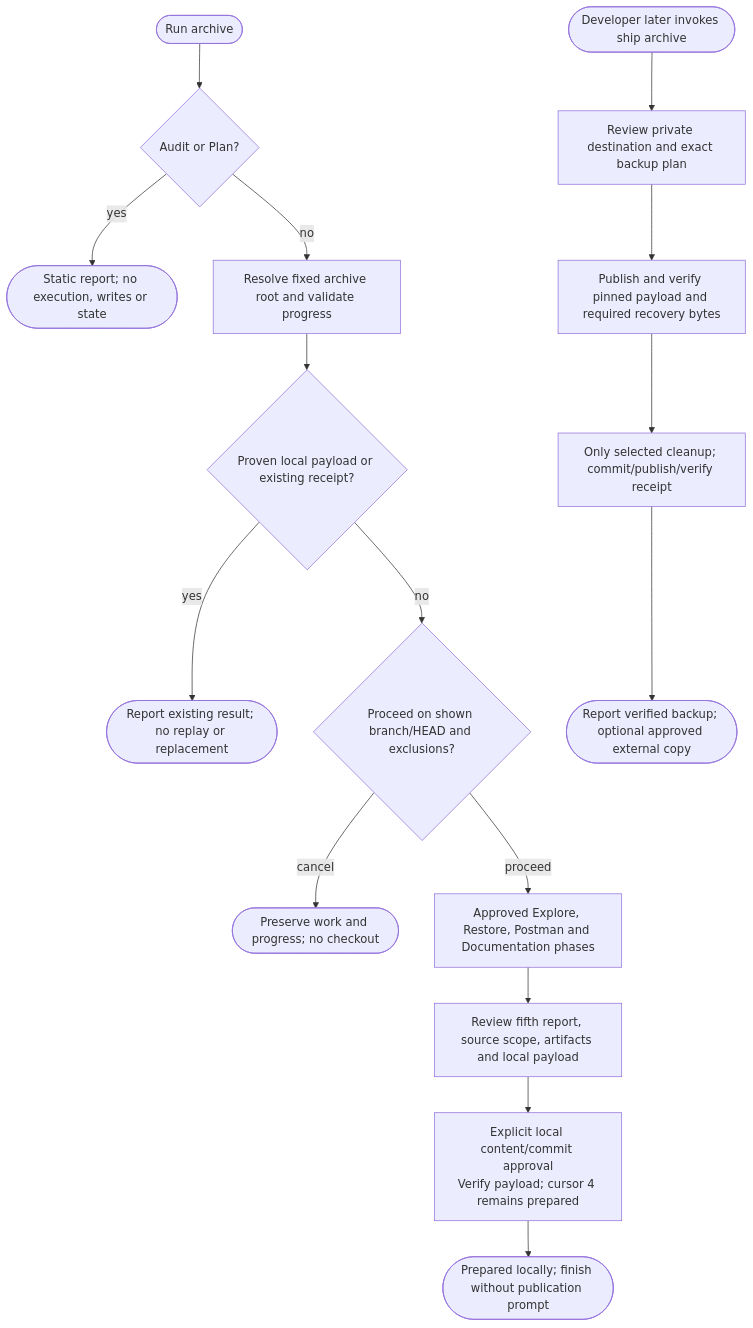
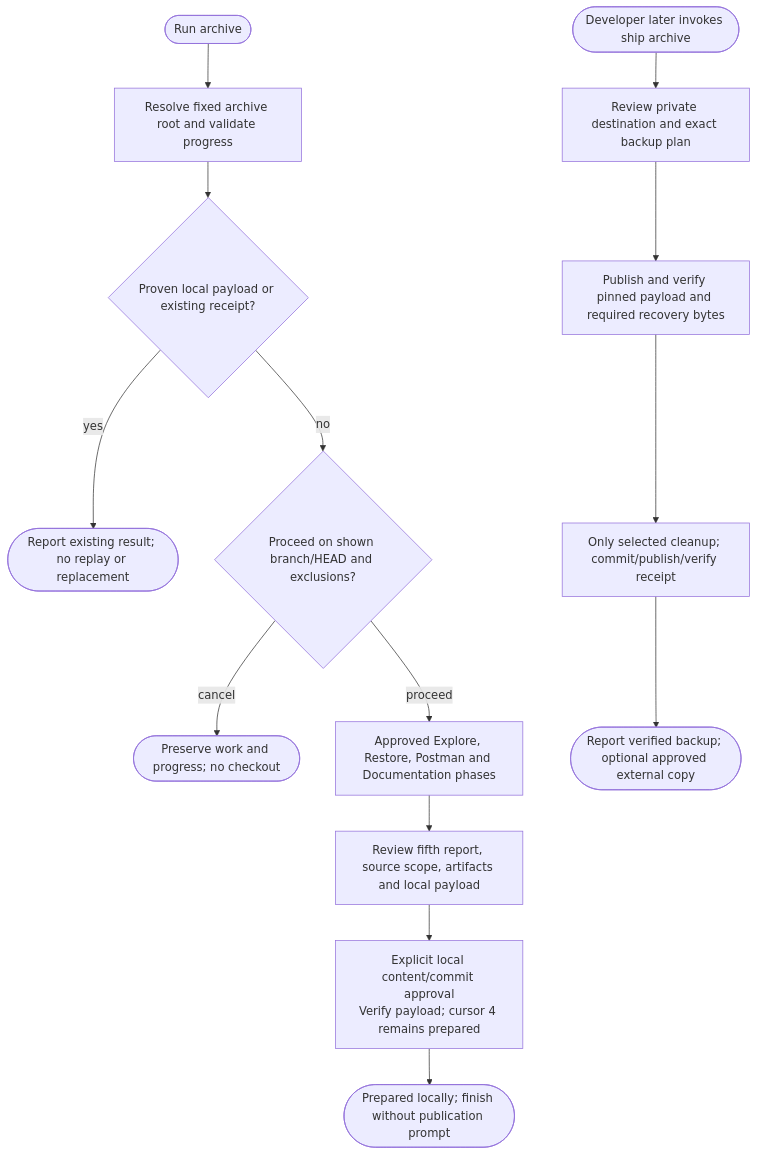
One commit to myowinthein/agent-helm changed the diagram in docs/commands/archive.md. Above: the diagram before and after it, drawn with Mermaid. The commit also changed other lines of this file and 18 other files, not shown here.

````diff
--- a/docs/commands/archive.md
+++ b/docs/commands/archive.md
@@ -34,18 +32,16 @@
 ```mermaid
 flowchart TD
-  Start([Run archive]) --> Mode{Audit or Plan?}
-  Mode -->|yes| Static([Static report; no execution, writes or state])
-  Mode -->|no| Root[Resolve fixed archive root and validate progress]
+  Start([Run archive]) --> Root[Resolve fixed archive root and validate progress]
   Root --> Existing{Proven local payload or existing receipt?}
   Existing -->|yes| Report([Report existing result; no replay or replacement])
   Existing -->|no| Confirm{Proceed on shown branch/HEAD and exclusions?}
   Confirm -->|cancel| Cancel([Preserve work and progress; no checkout])
   Confirm -->|proceed| Restore[Approved Explore, Restore, Postman and Documentation phases]
   Restore --> Prepare[Review fifth report, source scope, artifacts and local payload]
   Prepare --> Commit[Explicit local content/commit approval<br/>Verify payload; cursor 4 remains prepared]
   Commit --> Local([Prepared locally; finish without publication prompt])
   Later([Developer later invokes ship archive]) --> Publish[Review private destination and exact backup plan]
   Publish --> Payload[Publish and verify pinned payload and required recovery bytes]
   Payload --> Receipt[Only selected cleanup; commit/publish/verify receipt]
   Receipt --> Sealed([Report verified backup; optional approved external copy])
 ```
````
